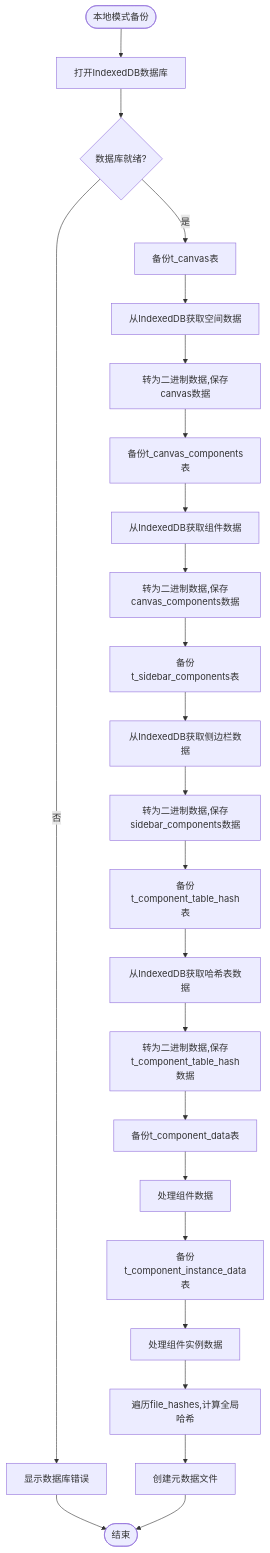
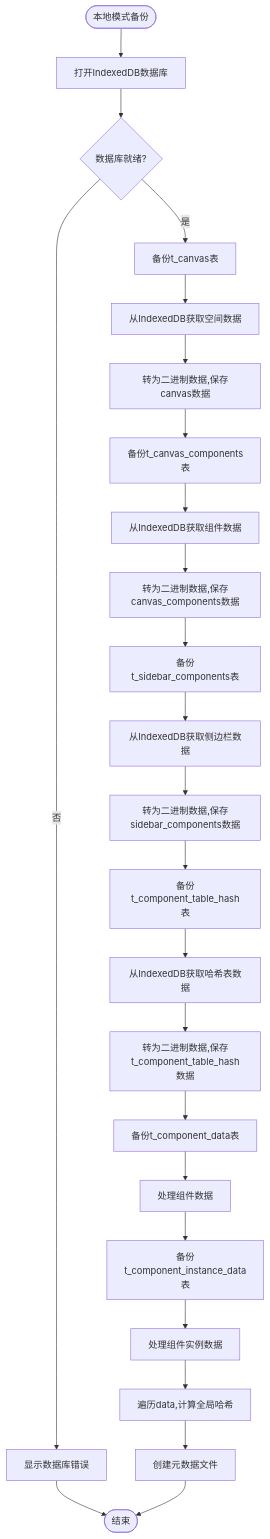
One commit to yingjianzh/iodraw-files changed the diagram in all/未命名-60.md. Above: the diagram before and after it, drawn with Mermaid.

Commit message:
2025-05-15 14:48:34 update

````diff
--- a/all/未命名-60.md
+++ b/all/未命名-60.md
@@ -1,34 +1,34 @@
 ```mermaid
 
 flowchart TD
     Start([本地模式备份]) --> OpenDB[打开IndexedDB数据库]
     OpenDB --> DBReady{数据库就绪?}
     
     DBReady -->|否| ShowDBError[显示数据库错误]
     DBReady -->|是| BackupCanvas[备份t_canvas表]
     
     ShowDBError --> End([结束])
     
     BackupCanvas --> GetCanvasFromDB[从IndexedDB获取空间数据]
     GetCanvasFromDB --> ProcessCanvasFile[转为二进制数据,保存canvas数据]
     ProcessCanvasFile -->  BackupCanvasComps[备份t_canvas_components表]
     BackupCanvasComps --> GetCanvasCompsFromDB[从IndexedDB获取组件数据]
     GetCanvasCompsFromDB --> ProcessCanvasCompsFile[转为二进制数据,保存canvas_components数据]
     ProcessCanvasCompsFile -->  BackupSidebarComps[备份t_sidebar_components表]
     BackupSidebarComps --> GetSidebarCompsFromDB[从IndexedDB获取侧边栏数据]
     GetSidebarCompsFromDB --> ProcessSidebarCompsFile[转为二进制数据,保存sidebar_components数据]
     ProcessSidebarCompsFile --> BackupHashTables[备份t_component_table_hash表]
     BackupHashTables --> GetHashTablesFromDB[从IndexedDB获取哈希表数据]
     GetHashTablesFromDB --> ProcessHashTablesFile[转为二进制数据,保存t_component_table_hash数据]
     ProcessHashTablesFile --> BackupCompData[备份t_component_data表]
     BackupCompData --> ProcessCompData[处理组件数据]
     
     ProcessCompData --> BackupInstData[备份t_component_instance_data表]
     BackupInstData --> ProcessInstData[处理组件实例数据]
     
-    ProcessInstData --> CalculateGlobalHash[遍历file_hashes,计算全局哈希]
+    ProcessInstData --> CalculateGlobalHash[遍历data,计算全局哈希]
     CalculateGlobalHash --> CreateMetadataFile[创建元数据文件]
     
     CreateMetadataFile --> End
 
 ```
````
